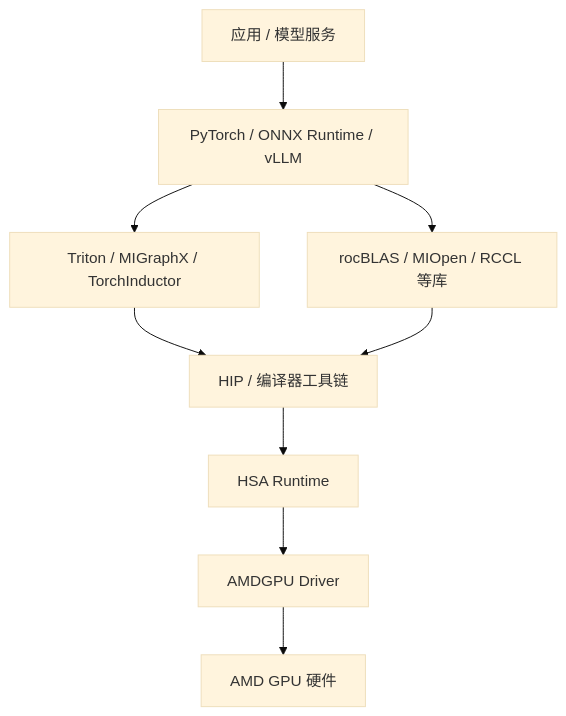
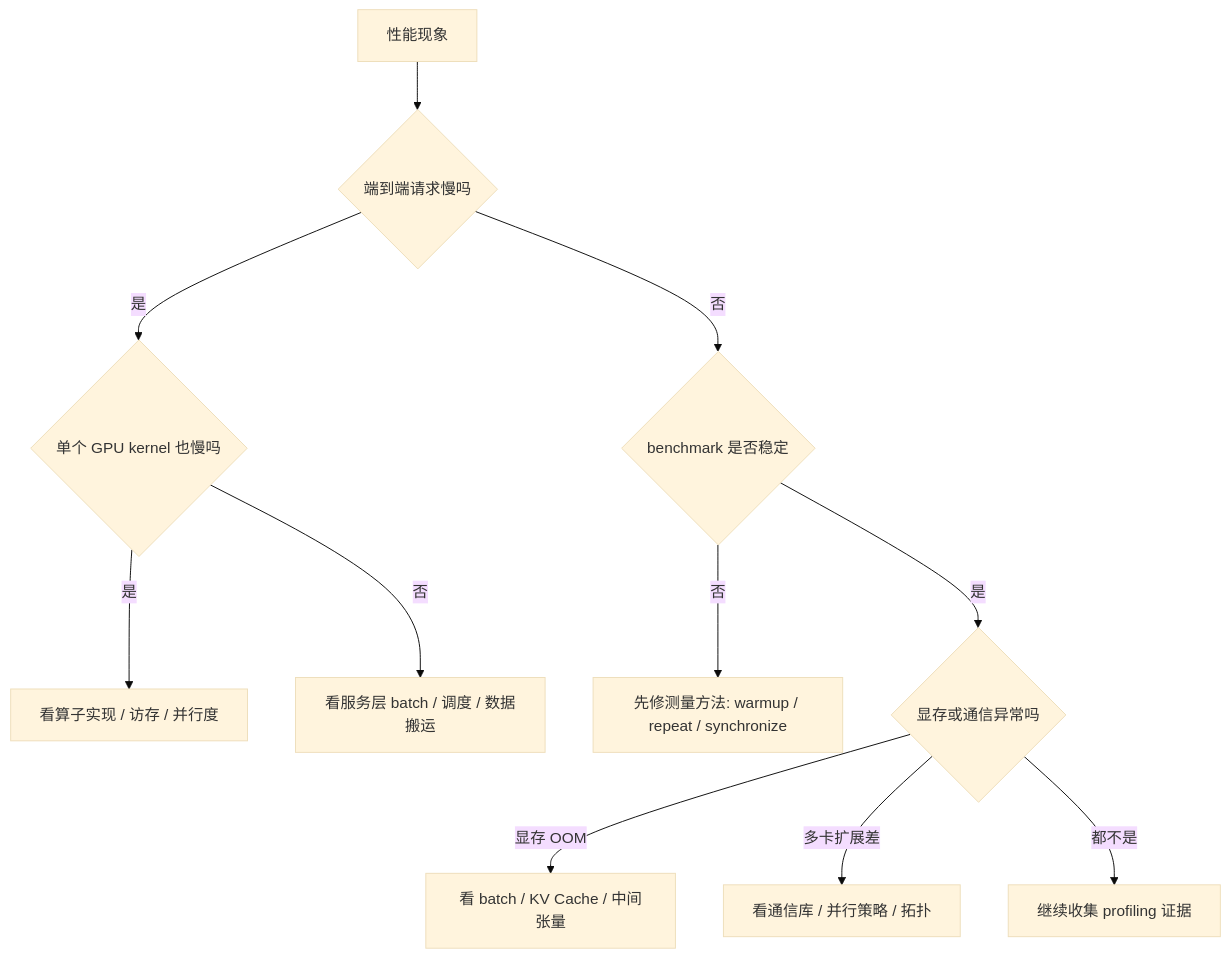
The third of 4 diagrams in docs/part1-hardware-rocm/chapter2/index.md (Weihong-Liu/hello-ai-infra), drawn with Mermaid (base theme) before and after one commit. The commit also changed other lines of this file and 231 other files, not shown here.

First line of the commit message:
docs: renumber chapters and add figure references

````diff
--- a/docs/part1-hardware-rocm/chapter2/index.md
+++ b/docs/part1-hardware-rocm/chapter2/index.md
@@ -177,11 +209,13 @@
 ```mermaid
 flowchart TD
-    A[应用 / 模型服务] --> B[PyTorch / ONNX Runtime / vLLM]
-    B --> C[Triton / MIGraphX / TorchInductor]
-    B --> D[rocBLAS / MIOpen / RCCL 等库]
-    C --> E[HIP / 编译器工具链]
-    D --> E
-    E --> F[HSA Runtime]
-    F --> G[AMDGPU Driver]
-    G --> H[AMD GPU 硬件]
+    A[性能现象] --> B{端到端请求慢吗}
+    B -- 是 --> C{单个 GPU kernel 也慢吗}
+    B -- 否 --> D{benchmark 是否稳定}
+    C -- 是 --> E[看算子实现 / 访存 / 并行度]
+    C -- 否 --> F[看服务层 batch / 调度 / 数据搬运]
+    D -- 否 --> G[先修测量方法: warmup / repeat / synchronize]
+    D -- 是 --> H{显存或通信异常吗}
+    H -- 显存 OOM --> I[看 batch / KV Cache / 中间张量]
+    H -- 多卡扩展差 --> J[看通信库 / 并行策略 / 拓扑]
+    H -- 都不是 --> K[继续收集 profiling 证据]
 ```
````
